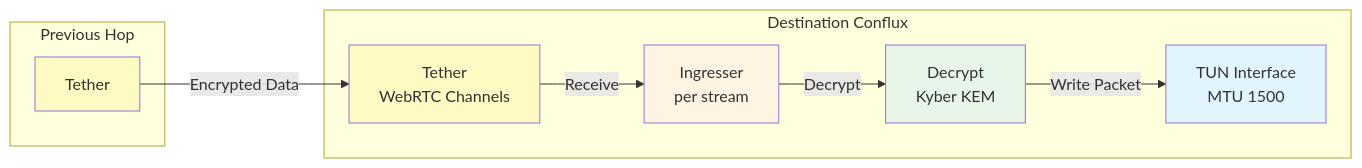
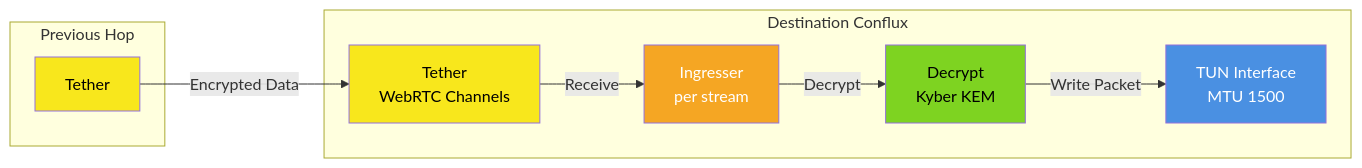
Before and after one commit to wjs-529/conflux: the third of 6 diagrams in README.md, drawn with Mermaid. The commit also changed other lines of this file, not shown here.

````diff
--- a/README.md
+++ b/README.md
@@ -134,24 +134,24 @@
 ```mermaid
 flowchart LR
     subgraph "Previous Hop"
         TTH1[Tether]
     end
     
     subgraph "Destination Conflux"
         TTH2[Tether<br/>WebRTC Channels]
         ING[Ingresser<br/>per stream]
         DCR[Decrypt<br/>Kyber KEM]
         TUN[TUN Interface<br/>MTU 1500]
     end
     
     TTH1 -->|Encrypted Data| TTH2
     TTH2 -->|Receive| ING
     ING -->|Decrypt| DCR
     DCR -->|Write Packet| TUN
     
-    style TTH1 fill:#fff9c4
-    style TTH2 fill:#fff9c4
-    style ING fill:#fff4e1
-    style DCR fill:#e8f5e9
-    style TUN fill:#e1f5ff
+    style TTH1 fill:#f8e71c,color:#000
+    style TTH2 fill:#f8e71c,color:#000
+    style ING fill:#f5a623,color:#fff
+    style DCR fill:#7ed321,color:#000
+    style TUN fill:#4a90e2,color:#fff
 ```
````
